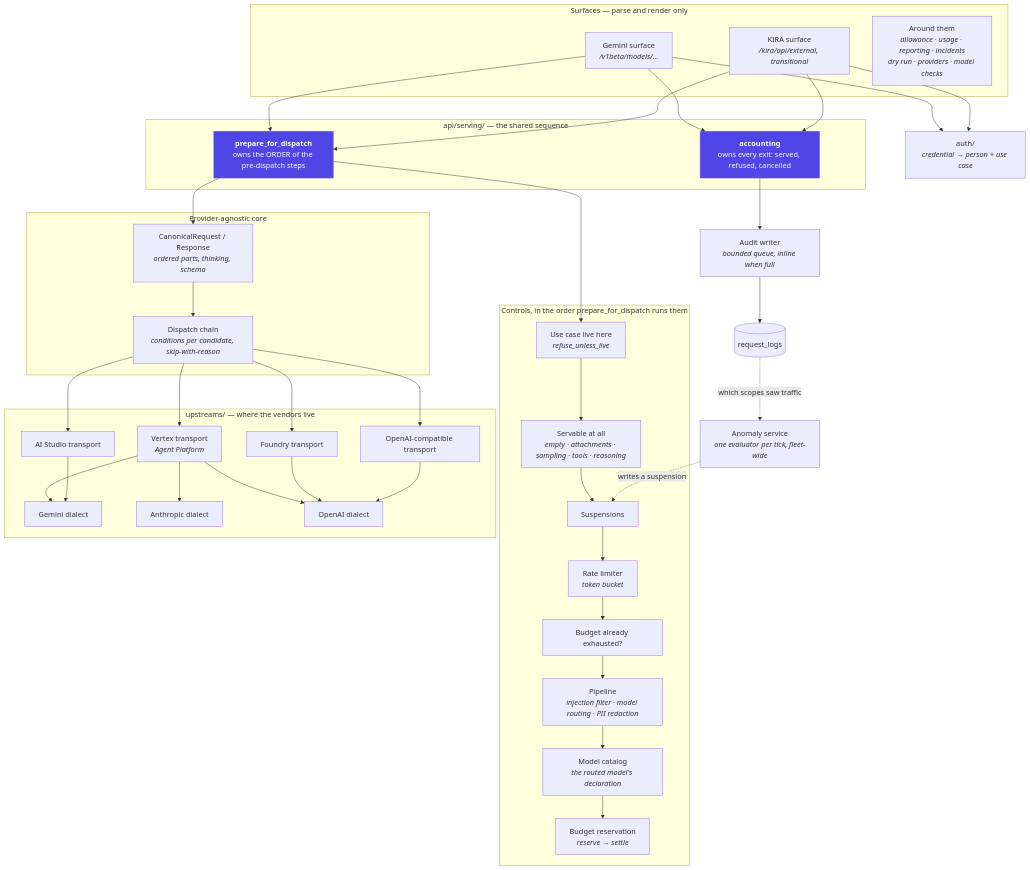
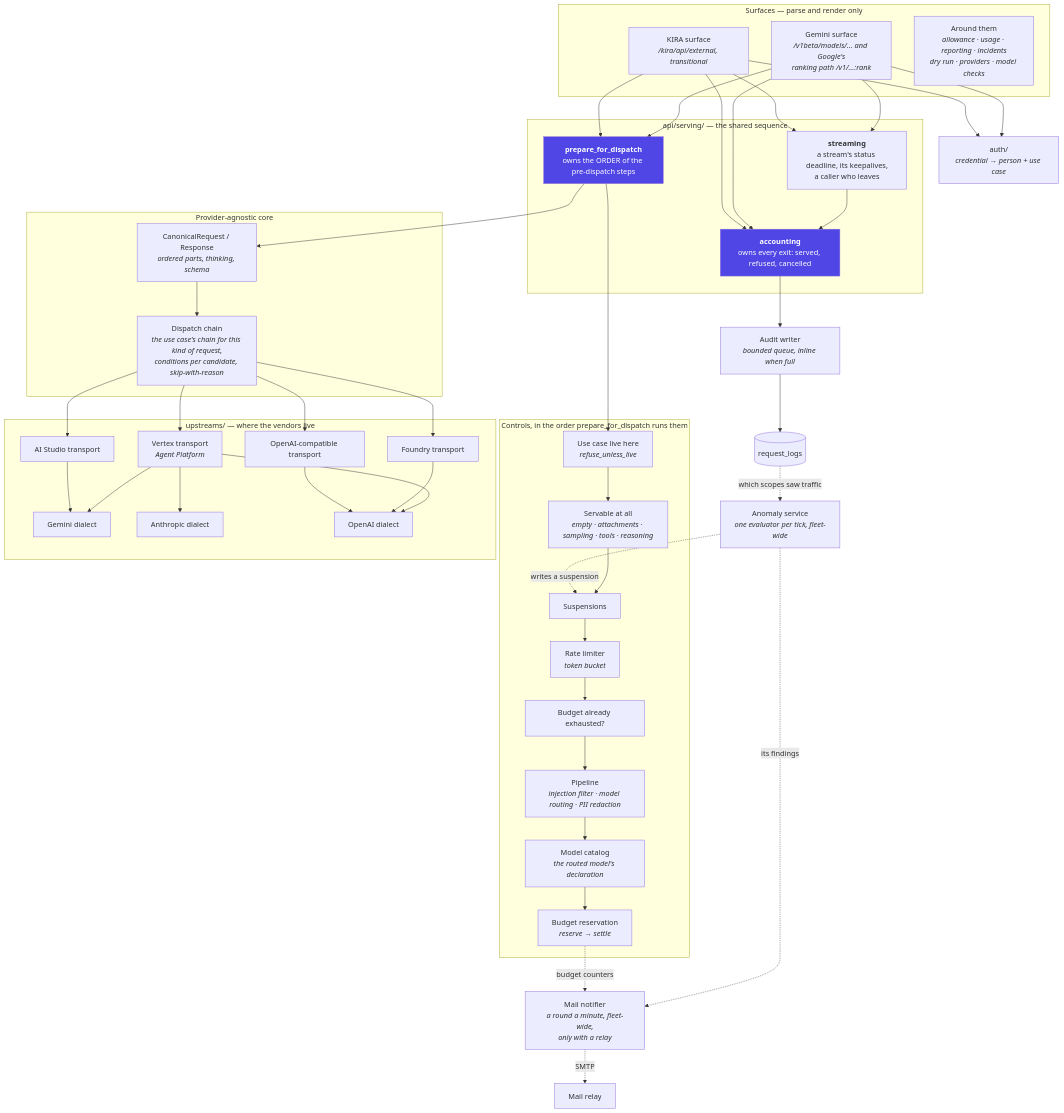
Before and after one commit to InigoImago/AIRA-Gateway: the sixth of 13 diagrams in docs/ARCHITECTURE.md, drawn with Mermaid. The commit also changed other lines of this file and 44 other files, not shown here.

````diff
--- a/docs/ARCHITECTURE.md
+++ b/docs/ARCHITECTURE.md
@@ -644,67 +686,76 @@
 ```mermaid
 graph TB
     subgraph surfaces["Surfaces — parse and render only"]
-        gemini["Gemini surface<br/><i>/v1beta/models/…</i>"]
+        gemini["Gemini surface<br/><i>/v1beta/models/… and Google's<br/>ranking path /v1/…:rank</i>"]
         kira["KIRA surface<br/><i>/kira/api/external, transitional</i>"]
         ops["Around them<br/><i>allowance · usage · reporting · incidents<br/>dry run · providers · model checks</i>"]
     end
 
     authn["auth/<br/><i>credential → person + use case</i>"]
 
     subgraph shared["api/serving/ — the shared sequence"]
         prep["<b>prepare_for_dispatch</b><br/>owns the ORDER of the pre-dispatch steps"]
+        stream["<b>streaming</b><br/>a stream's status deadline, its keepalives,<br/>a caller who leaves"]
         acct["<b>accounting</b><br/>owns every exit: served, refused, cancelled"]
     end
 
     subgraph controls["Controls, in the order prepare_for_dispatch runs them"]
         live["Use case live here<br/><i>refuse_unless_live</i>"]
         shape["Servable at all<br/><i>empty · attachments · sampling · tools · reasoning</i>"]
         susp["Suspensions"]
         rl["Rate limiter<br/><i>token bucket</i>"]
         spent["Budget already exhausted?"]
         pipe["Pipeline<br/><i>injection filter · model routing · PII redaction</i>"]
         cat["Model catalog<br/><i>the routed model's declaration</i>"]
         reserve["Budget reservation<br/><i>reserve → settle</i>"]
     end
 
     subgraph core["Provider-agnostic core"]
         canon["CanonicalRequest / Response<br/><i>ordered parts, thinking, schema</i>"]
-        chain["Dispatch chain<br/><i>conditions per candidate, skip-with-reason</i>"]
+        chain["Dispatch chain<br/><i>the use case's chain for this kind of request,<br/>conditions per candidate, skip-with-reason</i>"]
     end
 
     subgraph up["upstreams/ — where the vendors live"]
         vt["Vertex transport<br/><i>Agent Platform</i>"]
         st["AI Studio transport"]
         ft["Foundry transport"]
         ot["OpenAI-compatible transport"]
         gd["Gemini dialect"]
         ad["Anthropic dialect"]
         od["OpenAI dialect"]
     end
 
     audit["Audit writer<br/><i>bounded queue, inline when full</i>"]
     logs[("request_logs")]
     anom["Anomaly service<br/><i>one evaluator per tick, fleet-wide</i>"]
+    mail["Mail notifier<br/><i>a round a minute, fleet-wide,<br/>only with a relay</i>"]
+    smtp["Mail relay"]
 
     gemini --> authn
     kira --> authn
     gemini --> prep
     kira --> prep
     prep --> live --> shape --> susp --> rl --> spent --> pipe --> cat --> reserve
     prep --> canon
     canon --> chain
     chain --> vt & st & ft & ot
     vt --> gd & ad & od
     st --> gd
     ft --> od
     ot --> od
+    gemini --> stream
+    kira --> stream
+    stream --> acct
     gemini --> acct
     kira --> acct
     acct --> audit
     audit --> logs
     logs -.->|"which scopes saw traffic"| anom
     anom -.->|"writes a suspension"| susp
+    anom -.->|"its findings"| mail
+    reserve -.->|"budget counters"| mail
+    mail -.->|"SMTP"| smtp
 
     style prep fill:#4f46e5,color:#fff
     style acct fill:#4f46e5,color:#fff
 ```
````
